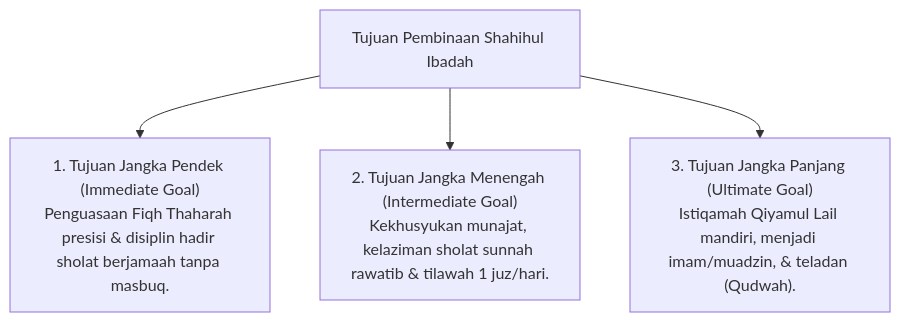
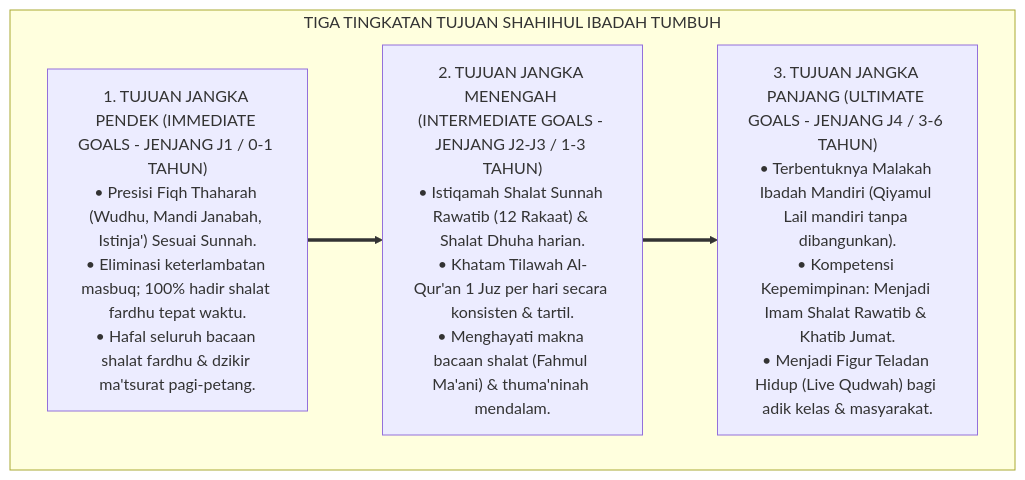
One commit to wandiapriliyandi/tumbuh changed the fifth of 8 diagrams in 03 Capacity Framework/05 Shahihul Ibadah/P3-05-03-Tujuan-dan-Target-Capaian.md. Above: the diagram before and after it, drawn with Mermaid. The commit also changed other lines of this file and 15 other files, not shown here.

Commit message:
docs(domain-05): complete comprehensive research monographs for 05 Shahihul Ibadah (14 sub-modules + master doc + README)

````diff
--- a/03 Capacity Framework/05 Shahihul Ibadah/P3-05-03-Tujuan-dan-Target-Capaian.md
+++ b/03 Capacity Framework/05 Shahihul Ibadah/P3-05-03-Tujuan-dan-Target-Capaian.md
@@ -10,8 +169,13 @@
 ```mermaid
-graph TD
-    Tujuan["Tujuan Pembinaan Shahihul Ibadah"]
-    
-    Tujuan --> G1["1. Tujuan Jangka Pendek (Immediate Goal)<br/>Penguasaan Fiqh Thaharah presisi & disiplin hadir sholat berjamaah tanpa masbuq."]
-    Tujuan --> G2["2. Tujuan Jangka Menengah (Intermediate Goal)<br/>Kekhusyukan munajat, kelaziman sholat sunnah rawatib & tilawah 1 juz/hari."]
-    Tujuan --> G3["3. Tujuan Jangka Panjang (Ultimate Goal)<br/>Istiqamah Qiyamul Lail mandiri, menjadi imam/muadzin, & teladan (Qudwah)."]
+flowchart TD
+    subgraph TigaTingkatanTujuanIbadah["TIGA TINGKATAN TUJUAN SHAHIHUL IBADAH TUMBUH"]
+        
+        G1["1. TUJUAN JANGKA PENDEK (IMMEDIATE GOALS - JENJANG J1 / 0-1 TAHUN)<br/>• Presisi Fiqh Thaharah (Wudhu, Mandi Janabah, Istinja') Sesuai Sunnah.<br/>• Eliminasi keterlambatan masbuq; 100% hadir shalat fardhu tepat waktu.<br/>• Hafal seluruh bacaan shalat fardhu & dzikir ma'tsurat pagi-petang."]
+        
+        G2["2. TUJUAN JANGKA MENENGAH (INTERMEDIATE GOALS - JENJANG J2-J3 / 1-3 TAHUN)<br/>• Istiqamah Shalat Sunnah Rawatib (12 Rakaat) & Shalat Dhuha harian.<br/>• Khatam Tilawah Al-Qur'an 1 Juz per hari secara konsisten & tartil.<br/>• Menghayati makna bacaan shalat (Fahmul Ma'ani) & thuma'ninah mendalam."]
+        
+        G3["3. TUJUAN JANGKA PANJANG (ULTIMATE GOALS - JENJANG J4 / 3-6 TAHUN)<br/>• Terbentuknya Malakah Ibadah Mandiri (Qiyamul Lail mandiri tanpa dibangunkan).<br/>• Kompetensi Kepemimpinan: Menjadi Imam Shalat Rawatib & Khatib Jumat.<br/>• Menjadi Figur Teladan Hidup (Live Qudwah) bagi adik kelas & masyarakat."]
+        
+        G1 ==> G2 ==> G3
+    end
 ```
````
